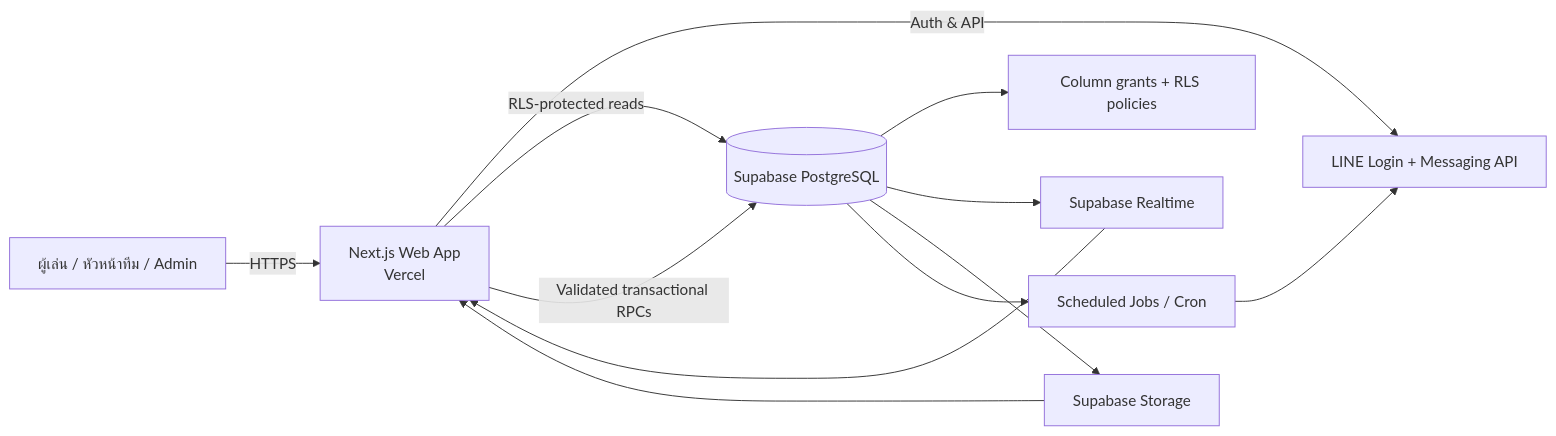
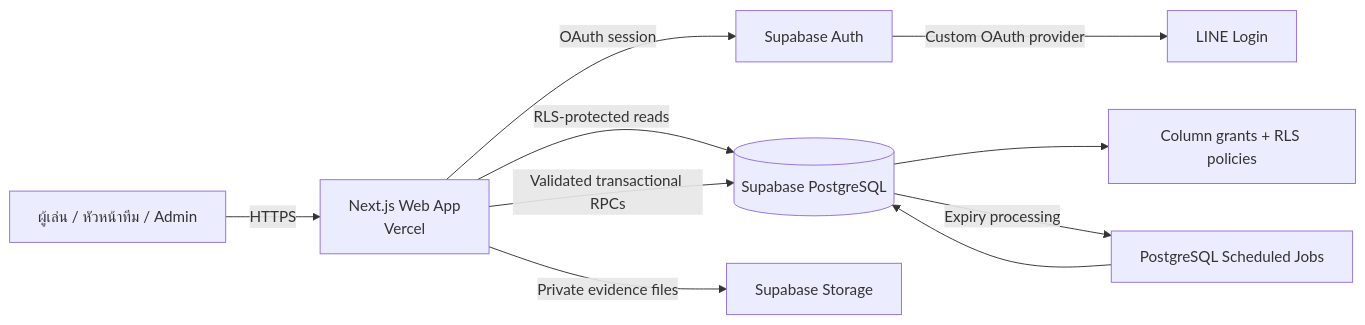
One commit to Nokpednam/MeQ-web-app changed the diagram in docs/diagrams/system-architecture.mmd. Above: the diagram before and after it, drawn with Mermaid. The commit also changed 7 other files, not shown here.

```diff
--- a/docs/diagrams/system-architecture.mmd
+++ b/docs/diagrams/system-architecture.mmd
@@ -1,12 +1,10 @@
 flowchart LR
   U[ผู้เล่น / หัวหน้าทีม / Admin] -->|HTTPS| W[Next.js Web App\nVercel]
-  W -->|Auth & API| L[LINE Login + Messaging API]
+  W -->|OAuth session| A[Supabase Auth]
+  A -->|Custom OAuth provider| L[LINE Login]
   W -->|RLS-protected reads| S[(Supabase PostgreSQL)]
   W -->|Validated transactional RPCs| S
-  S --> A[Column grants + RLS policies]
-  S --> R[Supabase Realtime]
-  S --> ST[Supabase Storage]
-  S --> C[Scheduled Jobs / Cron]
-  R --> W
-  ST --> W
-  C --> L
+  W -->|Private evidence files| ST[Supabase Storage]
+  S --> P[Column grants + RLS policies]
+  S -->|Expiry processing| C[PostgreSQL Scheduled Jobs]
+  C --> S
```
